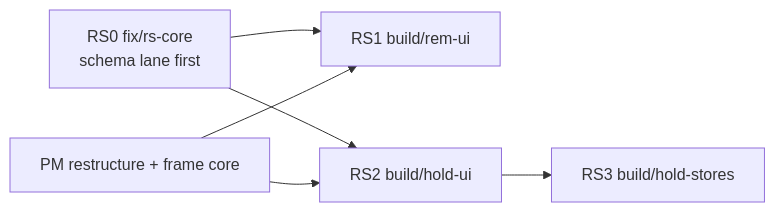
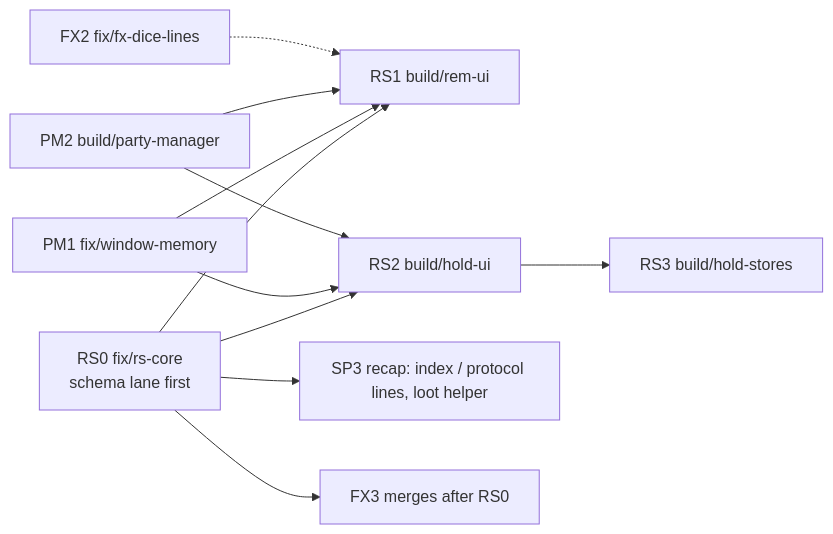
The diagram in docs/specs/strongholds.md (szymonbalasz/pocket-plane), drawn with Mermaid before and after one commit. The commit also changed other lines of this file and 4 other files, not shown here.

````diff
--- a/docs/specs/strongholds.md
+++ b/docs/specs/strongholds.md
@@ -268,8 +268,13 @@
 ```mermaid
 flowchart LR
   RS0[RS0 fix/rs-core<br/>schema lane first] --> RS1[RS1 build/rem-ui]
   RS0 --> RS2[RS2 build/hold-ui]
   RS2 --> RS3[RS3 build/hold-stores]
-  PM[PM restructure + frame core] --> RS1
-  PM --> RS2
+  PM1[PM1 fix/window-memory] --> RS1
+  PM1 --> RS2
+  PM2[PM2 build/party-manager] --> RS1
+  PM2 --> RS2
+  FX2[FX2 fix/fx-dice-lines] -.-> RS1
+  RS0 --> SP3[SP3 recap: index / protocol lines, loot helper]
+  RS0 --> FX3[FX3 merges after RS0]
 ```
````
